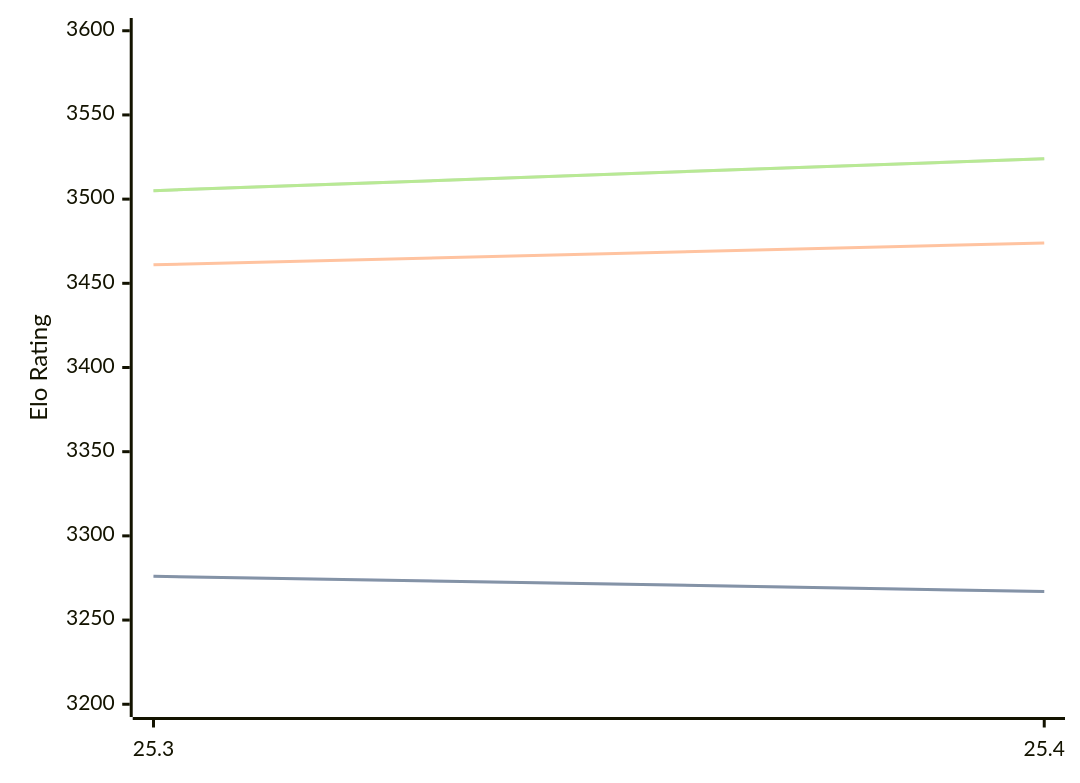
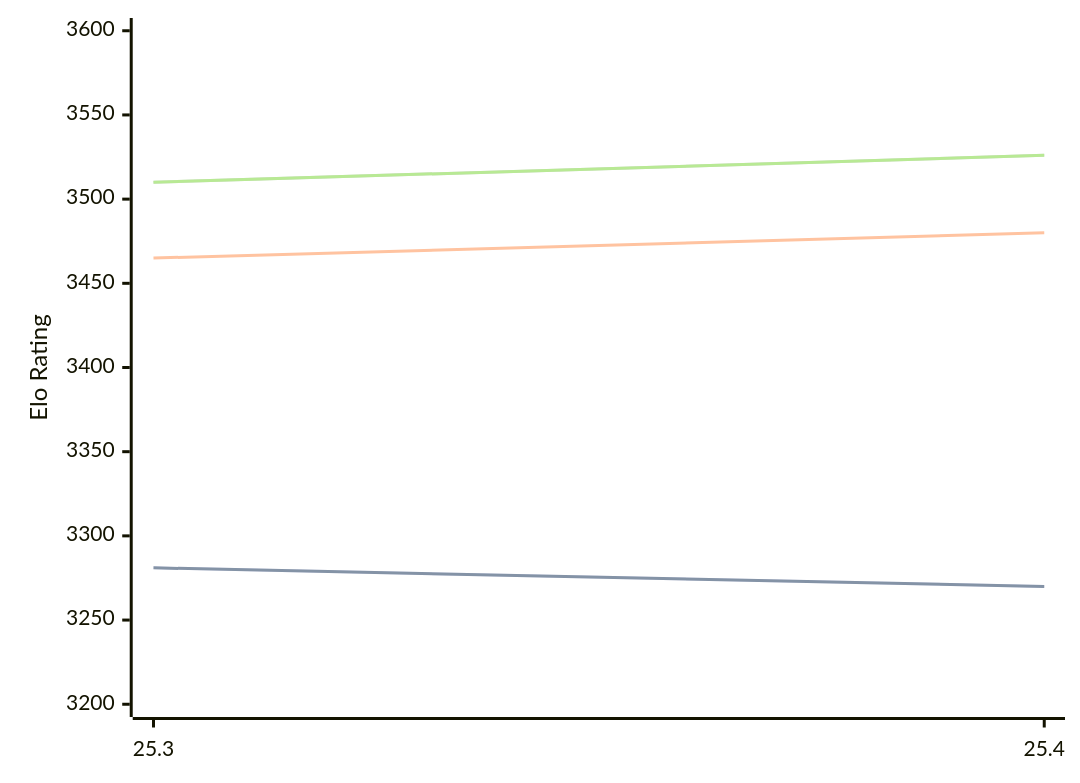
Before and after one commit to computer-chess-index/cci: the diagram in engines/Arasan.md, drawn with Mermaid. The commit also changed other lines of this file, not shown here.

Commit message:
Update CCI Ratings (ELO VLTC) - 2026-04-18

````diff
--- a/engines/Arasan.md
+++ b/engines/Arasan.md
@@ -33,11 +33,11 @@
 ```mermaid
 %%{init: {"theme":"base","themeVariables":{"seriesColors:['#a3a3a3','#222221','#faa371']}}}%%
 xychart-beta
   x-axis ["25.3", "25.4"]
   y-axis "Elo Rating" 3200 --> 3600
-  line "STC (8.0+0.08s)" [3276, 3267]
-  line "STC (8.0+0.08s)" [3276, 3267]
-  line "LTC (60.0+0.60s)" [3461, 3474]
-  line "VLTC (2m24s+1.12s)" [3505, 3524]
-  line "VLTC (2m24s+1.12s)" [3505, 3524]
+  line "STC (8.0+0.08s)" [3281, 3270]
+  line "STC (8.0+0.08s)" [3281, 3270]
+  line "LTC (60.0+0.60s)" [3465, 3480]
+  line "VLTC (2m24s+1.12s)" [3510, 3526]
+  line "VLTC (2m24s+1.12s)" [3510, 3526]
 ```
````
